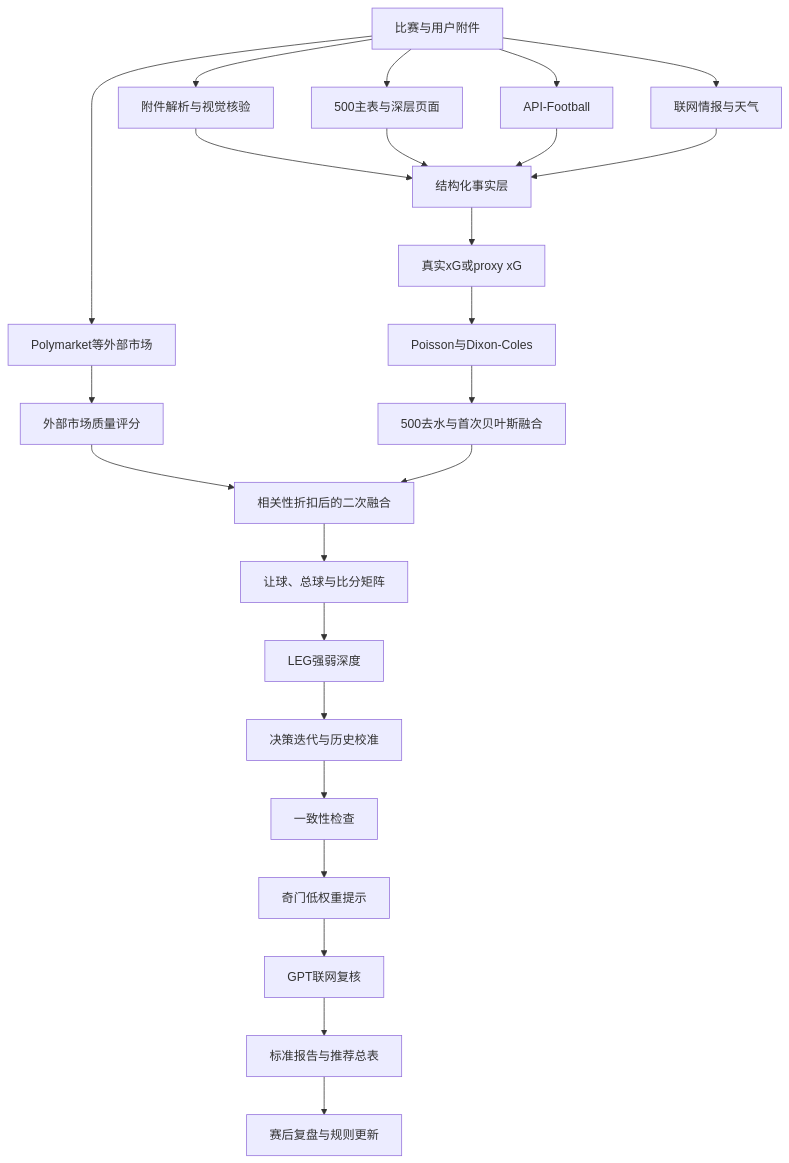
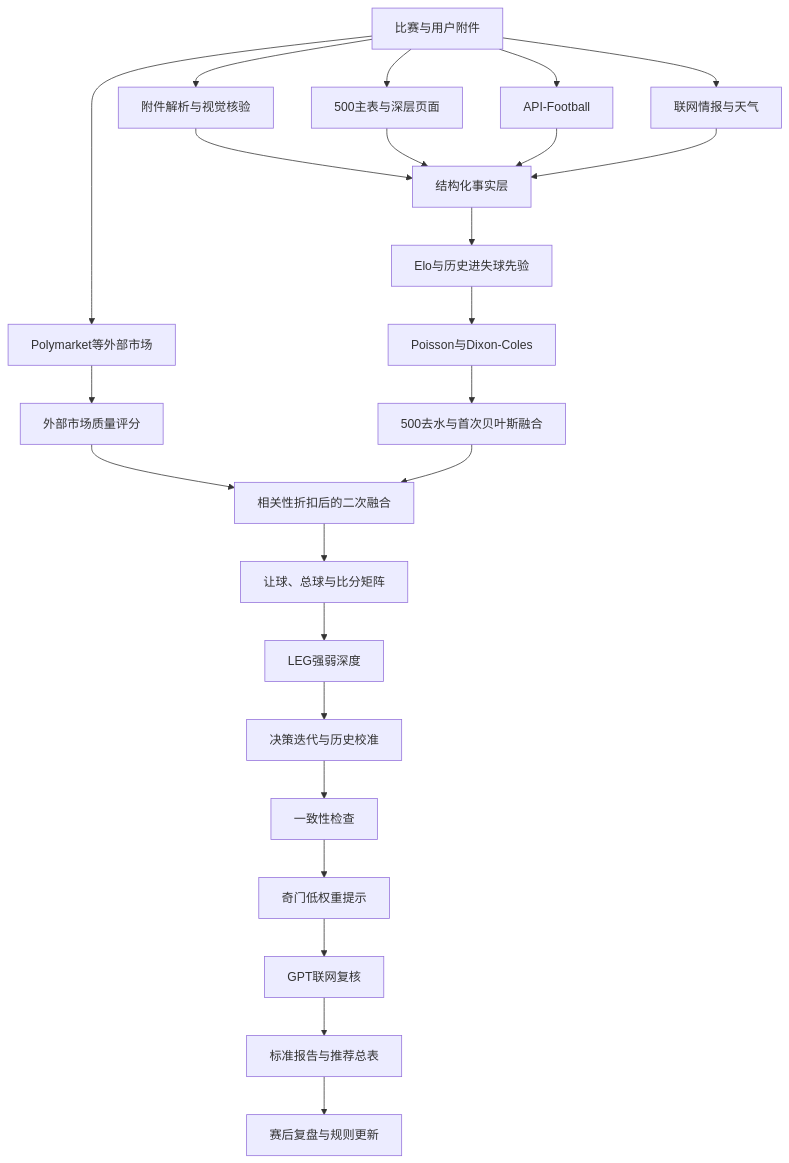
One commit to tszming1021/football-analystv2 changed the diagram in PROJECT_INTRODUCTION.md. Above: the diagram before and after it, drawn with Mermaid. The commit also changed other lines of this file and 22 other files, not shown here.

````diff
--- a/PROJECT_INTRODUCTION.md
+++ b/PROJECT_INTRODUCTION.md
@@ -35,26 +35,26 @@
 ```mermaid
 flowchart TD
     A["比赛与用户附件"] --> B["附件解析与视觉核验"]
     A --> C["500主表与深层页面"]
     A --> D["API-Football"]
     A --> E["联网情报与天气"]
     A --> F["Polymarket等外部市场"]
     B --> G["结构化事实层"]
     C --> G
     D --> G
     E --> G
     F --> H["外部市场质量评分"]
-    G --> I["真实xG或proxy xG"]
+    G --> I["Elo与历史进失球先验"]
     I --> J["Poisson与Dixon-Coles"]
     J --> K["500去水与首次贝叶斯融合"]
     H --> L["相关性折扣后的二次融合"]
     K --> L
     L --> M["让球、总球与比分矩阵"]
     M --> N["LEG强弱深度"]
     N --> O["决策迭代与历史校准"]
     O --> P["一致性检查"]
     P --> Q["奇门低权重提示"]
     Q --> R["GPT联网复核"]
     R --> S["标准报告与推荐总表"]
     S --> T["赛后复盘与规则更新"]
 ```
````
